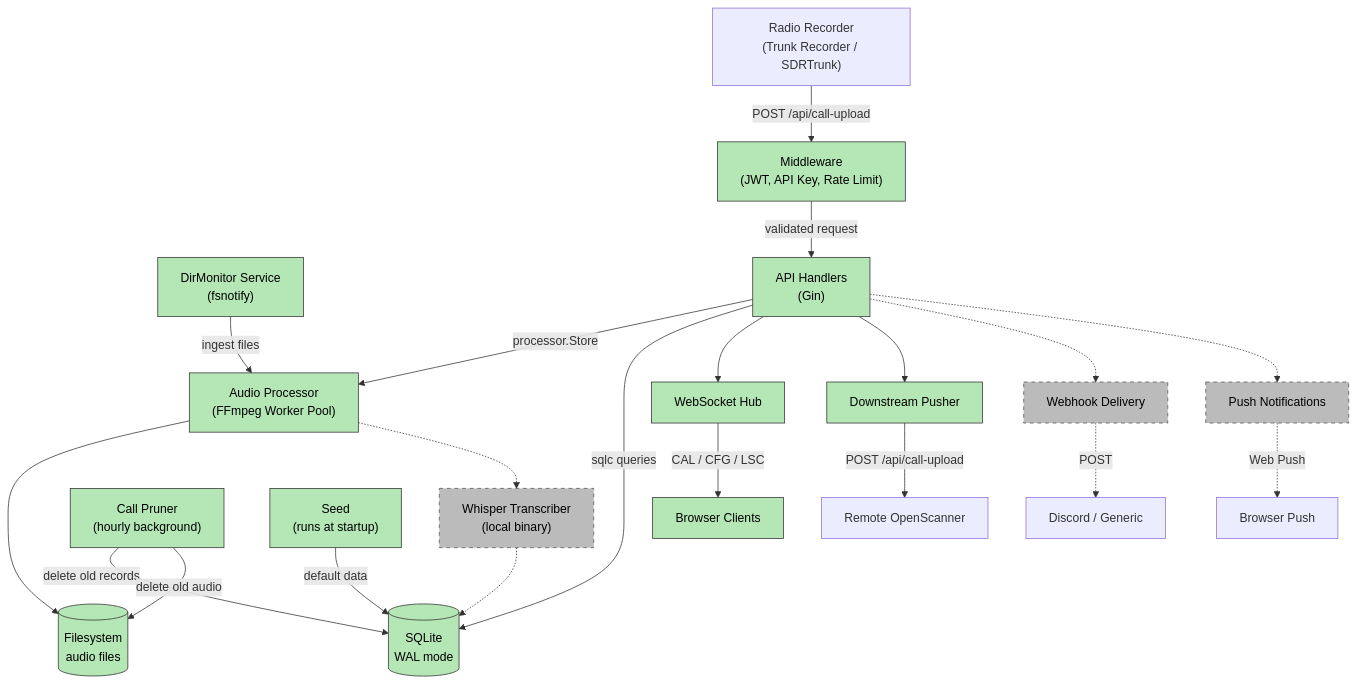
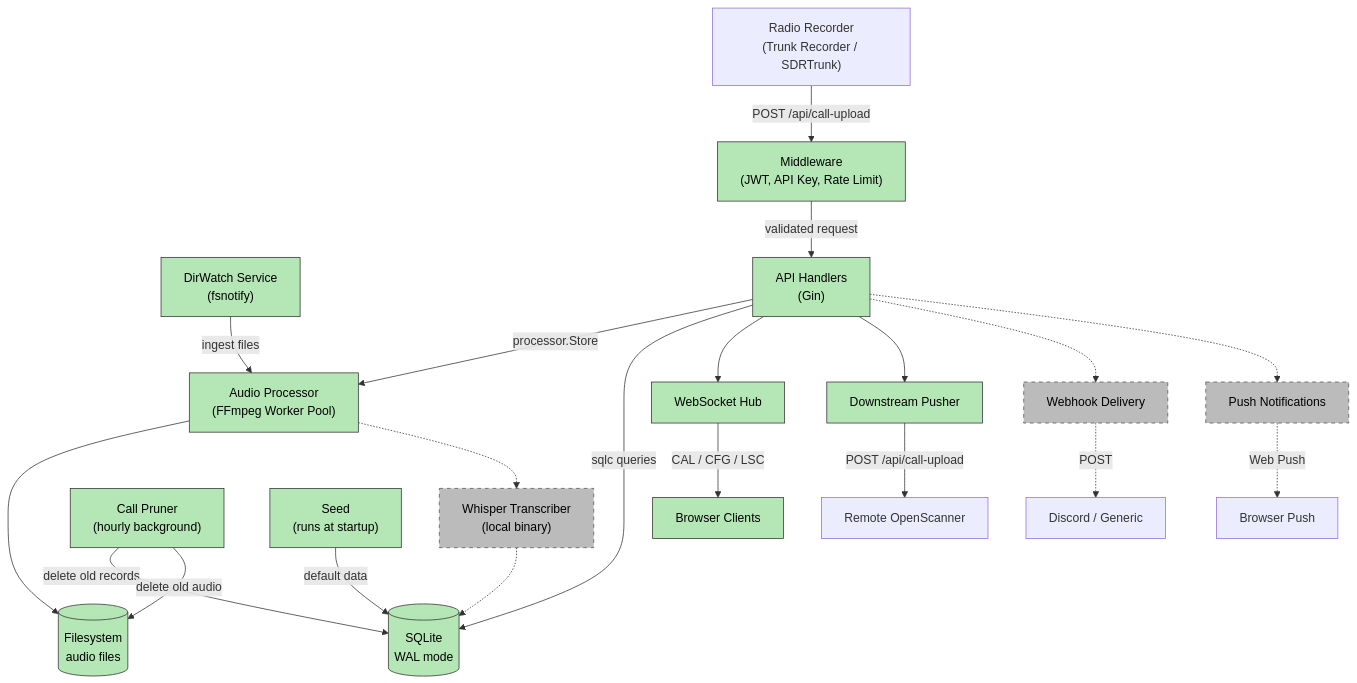
Before and after one commit to revtex/OpenScanner: the diagram in docs/architecture.md, drawn with Mermaid. The commit also changed other lines of this file and 31 other files, not shown here.

````diff
--- a/docs/architecture.md
+++ b/docs/architecture.md
@@ -15,41 +15,41 @@
 ```mermaid
 graph TD
     Recorder["Radio Recorder<br/>(Trunk Recorder / SDRTrunk)"] -->|POST /api/call-upload| MW
-    DirMonitor["DirMonitor Service<br/>(fsnotify)"] -->|ingest files| Processor
+    DirWatch["DirWatch Service<br/>(fsnotify)"] -->|ingest files| Processor
 
     MW["Middleware<br/>(JWT, API Key, Rate Limit)"] -->|validated request| API["API Handlers<br/>(Gin)"]
     API -->|processor.Store| Processor["Audio Processor<br/>(FFmpeg Worker Pool)"]
     Processor --> FS[("Filesystem<br/>audio files")]
     Processor -.-> Transcriber["Whisper Transcriber<br/>(local binary)"]
     API -->|sqlc queries| DB[(SQLite<br/>WAL mode)]
     Transcriber -.-> DB
 
     Pruner["Call Pruner<br/>(hourly background)"] -->|delete old records| DB
     Pruner -->|delete old audio| FS
 
     Seed["Seed<br/>(runs at startup)"] -->|default data| DB
 
     API --> Hub["WebSocket Hub"]
     Hub -->|CAL / CFG / LSC| Listeners["Browser Clients"]
     API --> Downstream["Downstream Pusher"]
     Downstream -->|POST /api/call-upload| RemoteInstance["Remote OpenScanner"]
     API -.-> Webhooks["Webhook Delivery"]
     Webhooks -.->|POST| External["Discord / Generic"]
     API -.-> Push["Push Notifications"]
     Push -.->|Web Push| Browser["Browser Push"]
 
     style MW fill:#b5e6b5,stroke:#333,color:#000
     style API fill:#b5e6b5,stroke:#333,color:#000
     style Processor fill:#b5e6b5,stroke:#333,color:#000
     style FS fill:#b5e6b5,stroke:#333,color:#000
     style DB fill:#b5e6b5,stroke:#333,color:#000
     style Seed fill:#b5e6b5,stroke:#333,color:#000
     style Pruner fill:#b5e6b5,stroke:#333,color:#000
     style Hub fill:#b5e6b5,stroke:#333,color:#000
     style Listeners fill:#b5e6b5,stroke:#333,color:#000
     style Transcriber fill:#bbb,stroke:#555,color:#000,stroke-dasharray: 5 5
-    style DirMonitor fill:#b5e6b5,stroke:#333,color:#000
+    style DirWatch fill:#b5e6b5,stroke:#333,color:#000
     style Downstream fill:#b5e6b5,stroke:#333,color:#000
     style Webhooks fill:#bbb,stroke:#555,color:#000,stroke-dasharray: 5 5
     style Push fill:#bbb,stroke:#555,color:#000,stroke-dasharray: 5 5
 ```
````
